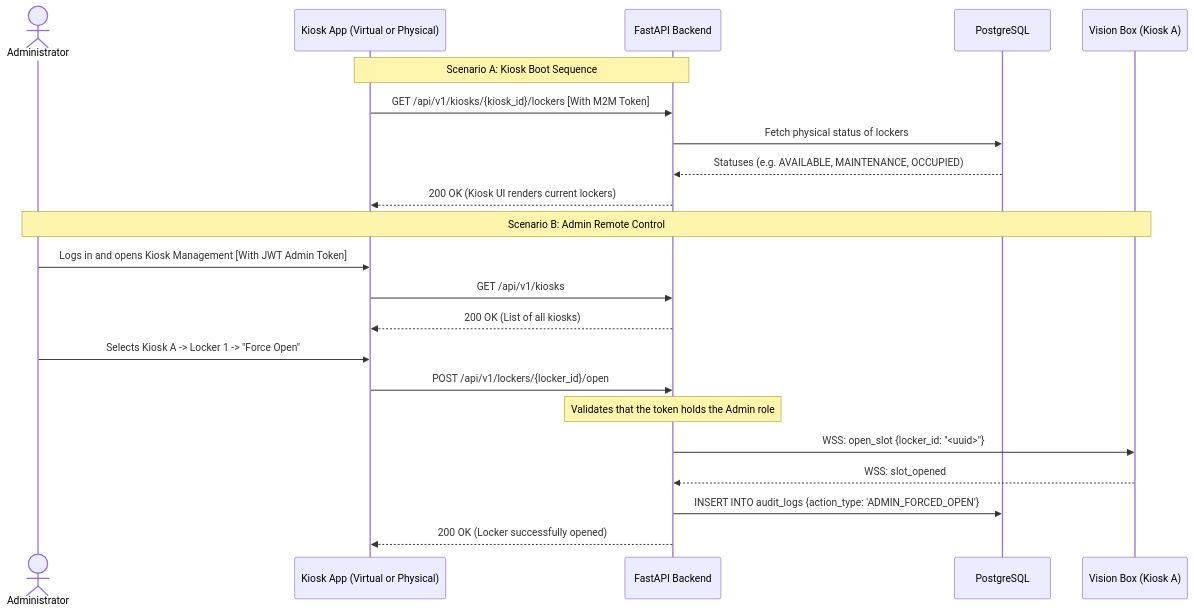
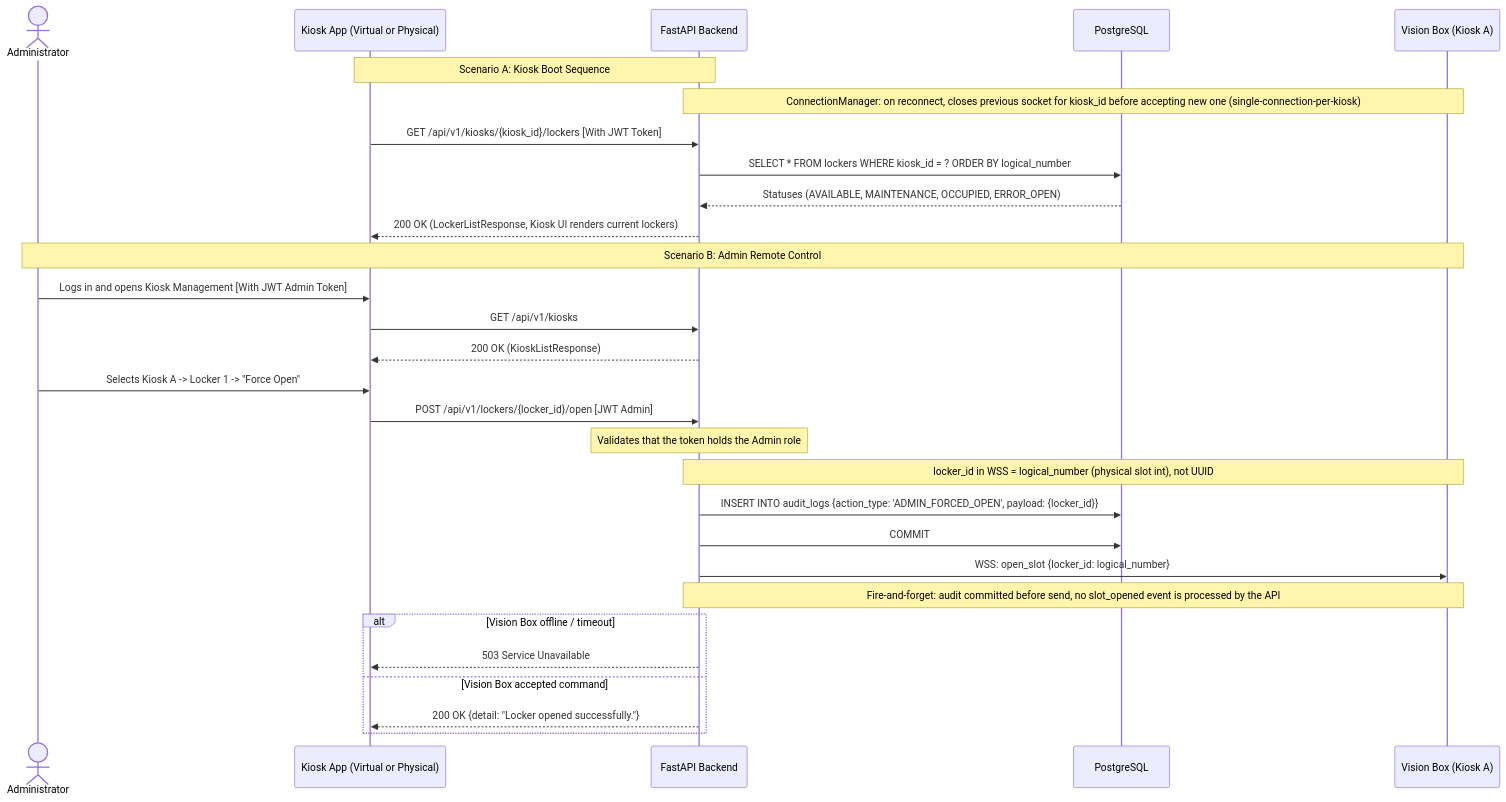
Before and after one commit to easylend-practice-enterprise/easylend: the diagram in docs/diagrams/sequence_admin_sync.mmd, drawn with Mermaid. The commit also changed 53 other files, not shown here.

```diff
--- a/docs/diagrams/sequence_admin_sync.mmd
+++ b/docs/diagrams/sequence_admin_sync.mmd
@@ -1,25 +1,33 @@
 sequenceDiagram
     actor Admin as Administrator
     participant App as Kiosk App (Virtual or Physical)
     participant API as FastAPI Backend
     participant DB as PostgreSQL
     participant VB as Vision Box (Kiosk A)
 
     Note over App,API: Scenario A: Kiosk Boot Sequence
-    App->>API: GET /api/v1/kiosks/{kiosk_id}/lockers [With M2M Token]
-    API->>DB: Fetch physical status of lockers
-    DB-->>API: Statuses (e.g. AVAILABLE, MAINTENANCE, OCCUPIED)
-    API-->>App: 200 OK (Kiosk UI renders current lockers)
+    Note over API,VB: ConnectionManager: on reconnect, closes previous socket for kiosk_id before accepting new one (single-connection-per-kiosk)
+
+    App->>API: GET /api/v1/kiosks/{kiosk_id}/lockers [With JWT Token]
+    API->>DB: SELECT * FROM lockers WHERE kiosk_id = ? ORDER BY logical_number
+    DB-->>API: Statuses (AVAILABLE, MAINTENANCE, OCCUPIED, ERROR_OPEN)
+    API-->>App: 200 OK (LockerListResponse, Kiosk UI renders current lockers)
 
     Note over Admin,VB: Scenario B: Admin Remote Control
     Admin->>App: Logs in and opens Kiosk Management [With JWT Admin Token]
     App->>API: GET /api/v1/kiosks
-    API-->>App: 200 OK (List of all kiosks)
+    API-->>App: 200 OK (KioskListResponse)
 
     Admin->>App: Selects Kiosk A -> Locker 1 -> "Force Open"
-    App->>API: POST /api/v1/lockers/{locker_id}/open
+    App->>API: POST /api/v1/lockers/{locker_id}/open [JWT Admin]
     Note over API: Validates that the token holds the Admin role
-    API->>VB: WSS: open_slot {locker_id: "<uuid>"}
-    VB-->>API: WSS: slot_opened
-    API->>DB: INSERT INTO audit_logs {action_type: 'ADMIN_FORCED_OPEN'}
-    API-->>App: 200 OK (Locker successfully opened)
+    Note over API,VB: locker_id in WSS = logical_number (physical slot int), not UUID
+    API->>DB: INSERT INTO audit_logs {action_type: 'ADMIN_FORCED_OPEN', payload: {locker_id}}
+    API->>DB: COMMIT
+    API->>VB: WSS: open_slot {locker_id: logical_number}
+    Note over API,VB: Fire-and-forget: audit committed before send, no slot_opened event is processed by the API
+    alt Vision Box offline / timeout
+        API-->>App: 503 Service Unavailable
+    else Vision Box accepted command
+        API-->>App: 200 OK {detail: "Locker opened successfully."}
+    end
```
